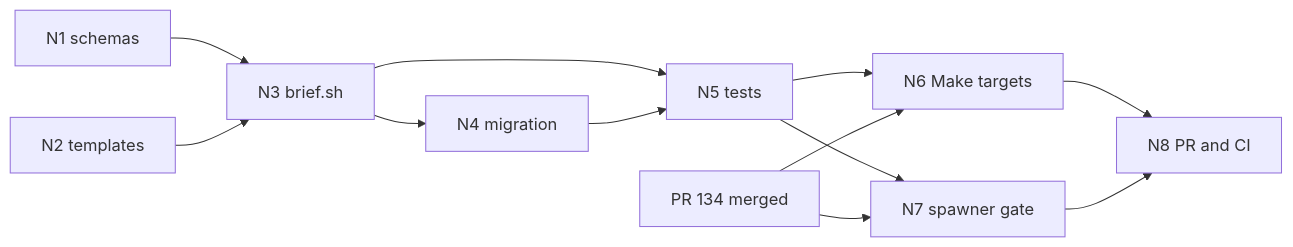
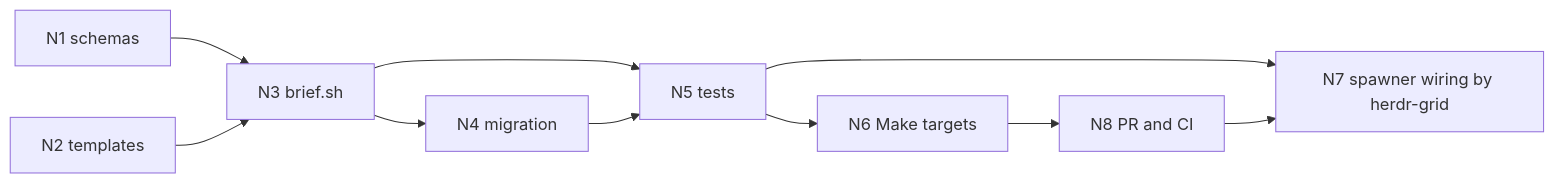
One commit to jkkelley/dotfiles changed the diagram in claude/workflow/templates/a2a/DESIGN.md. Above: the diagram before and after it, drawn with Mermaid. The commit also changed other lines of this file and 2 other files, not shown here.

Commit message:
feat(workflow): a2a.mk brief-new, brief-check, result-check targets; spawner call contract tested

````diff
--- a/claude/workflow/templates/a2a/DESIGN.md
+++ b/claude/workflow/templates/a2a/DESIGN.md
@@ -42,14 +42,12 @@
 ```mermaid
 flowchart LR
   N1[N1 schemas] --> N3[N3 brief.sh]
   N2[N2 templates] --> N3
   N3 --> N4[N4 migration]
   N3 --> N5[N5 tests]
   N4 --> N5
   N5 --> N6[N6 Make targets]
-  N5 --> N7[N7 spawner gate]
-  P134[PR 134 merged] --> N6
-  P134 --> N7
+  N5 --> N7[N7 spawner wiring by herdr-grid]
   N6 --> N8[N8 PR and CI]
-  N7 --> N8
+  N8 --> N7
 ```
````
